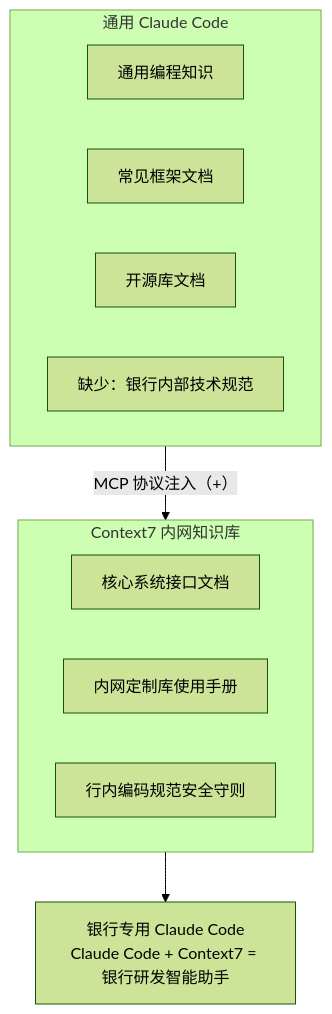
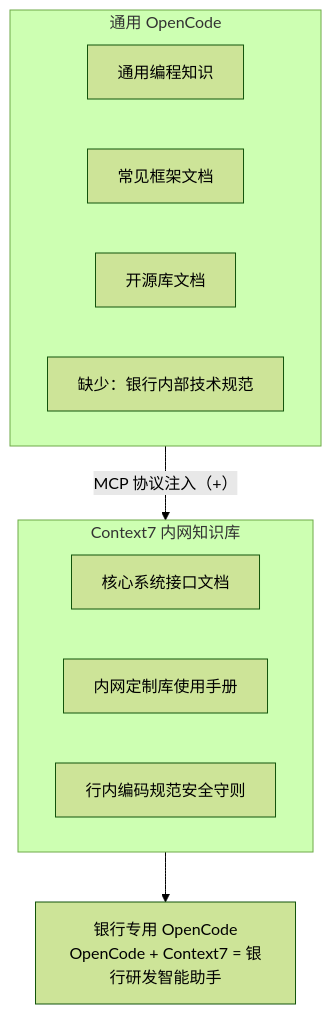
The fifth of 15 diagrams in 2. 银行大模型技术架构总览.md (wonglaitung/splan), drawn with Mermaid (forest theme) before and after one commit. The commit also changed other lines of this file and 12 other files, not shown here.

First line of the commit message:
chore: 项目迁移至 OpenCode，移除 Claude 内容

````diff
--- a/2. 银行大模型技术架构总览.md
+++ b/2. 银行大模型技术架构总览.md
@@ -353,17 +353,17 @@
 ```mermaid
 flowchart TB
-    subgraph CC["通用 Claude Code"]
+    subgraph CC["通用 OpenCode"]
         C1["通用编程知识"]
         C2["常见框架文档"]
         C3["开源库文档"]
         C4["缺少：银行内部技术规范"]
     end
     CC -->|"MCP 协议注入（+）"| Ctx
     subgraph Ctx["Context7 内网知识库"]
         X1["核心系统接口文档"]
         X2["内网定制库使用手册"]
         X3["行内编码规范安全守则"]
     end
     Ctx --> Bank
-    Bank["银行专用 Claude Code<br/>Claude Code + Context7 = 银行研发智能助手"]
+    Bank["银行专用 OpenCode<br/>OpenCode + Context7 = 银行研发智能助手"]
 ```
````
